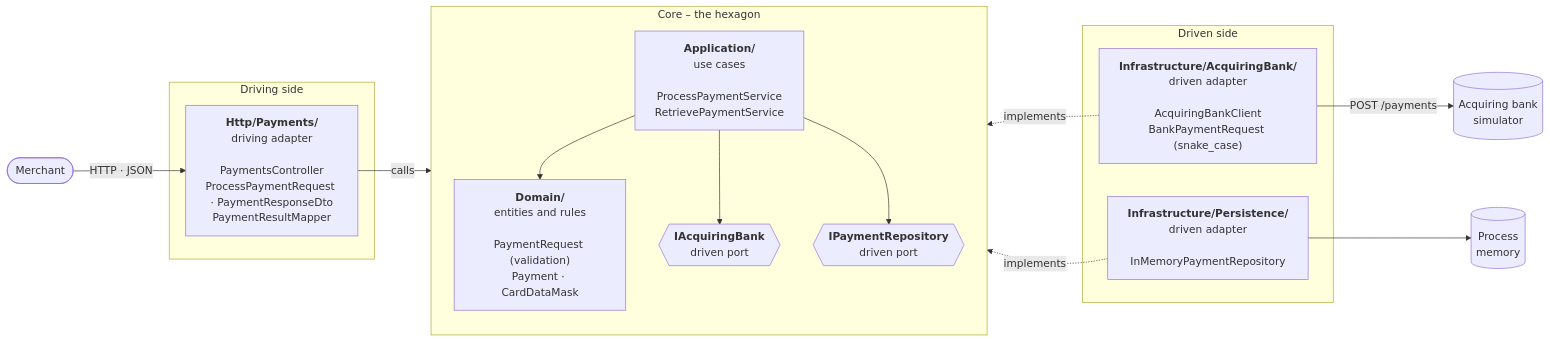
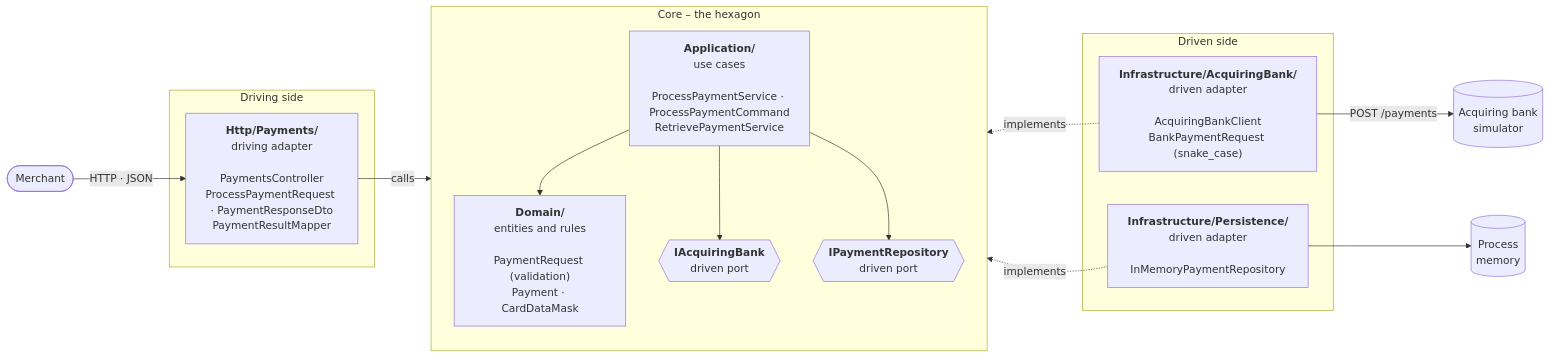
One commit to laisferdan/payment-gateway-challenge-dotnet changed the diagram in README.md. Above: the diagram before and after it, drawn with Mermaid. The commit also changed other lines of this file and 6 other files, not shown here.

````diff
--- a/README.md
+++ b/README.md
@@ -169,36 +169,36 @@
 ```mermaid
 flowchart LR
     Merchant(["Merchant"])
 
     subgraph Driving["Driving side"]
         Http["<b>Http/Payments/</b><br/>driving adapter<br/><br/>PaymentsController<br/>ProcessPaymentRequest · PaymentResponseDto<br/>PaymentResultMapper"]
     end
 
     subgraph Core["Core – the hexagon"]
         direction TB
-        UseCases["<b>Application/</b><br/>use cases<br/><br/>ProcessPaymentService<br/>RetrievePaymentService"]
+        UseCases["<b>Application/</b><br/>use cases<br/><br/>ProcessPaymentService · ProcessPaymentCommand<br/>RetrievePaymentService"]
         Domain["<b>Domain/</b><br/>entities and rules<br/><br/>PaymentRequest (validation)<br/>Payment · CardDataMask"]
         BankPort{{"<b>IAcquiringBank</b><br/>driven port"}}
         RepoPort{{"<b>IPaymentRepository</b><br/>driven port"}}
         UseCases --> Domain
         UseCases --> BankPort
         UseCases --> RepoPort
     end
 
     subgraph Driven["Driven side"]
         BankClient["<b>Infrastructure/AcquiringBank/</b><br/>driven adapter<br/><br/>AcquiringBankClient<br/>BankPaymentRequest (snake_case)"]
         Repo["<b>Infrastructure/Persistence/</b><br/>driven adapter<br/><br/>InMemoryPaymentRepository"]
     end
 
     Bank[("Acquiring bank<br/>simulator")]
     Memory[("Process<br/>memory")]
 
     Merchant -->|"HTTP · JSON"| Http
     Http -->|"calls"| UseCases
     BankPort ~~~ BankClient
     RepoPort ~~~ Repo
     BankClient -.->|"implements"| BankPort
     Repo -.->|"implements"| RepoPort
     BankClient -->|"POST /payments"| Bank
     Repo --> Memory
 ```
````
